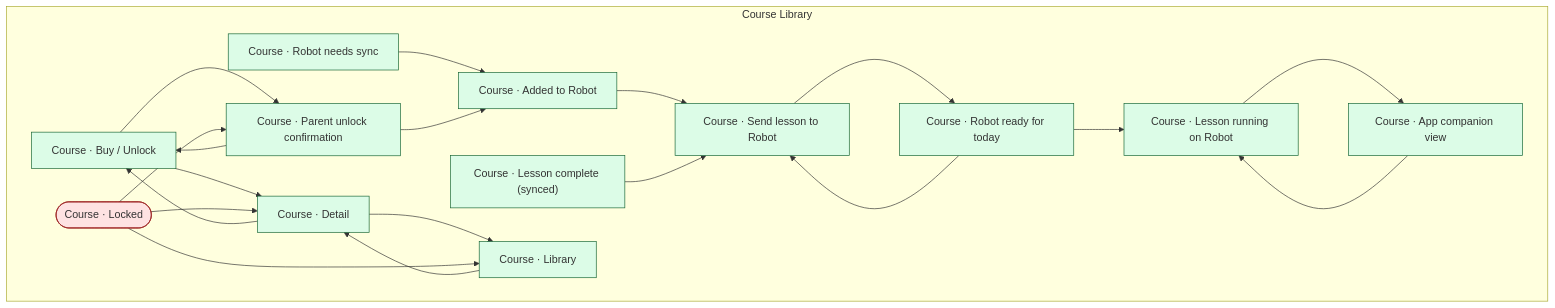
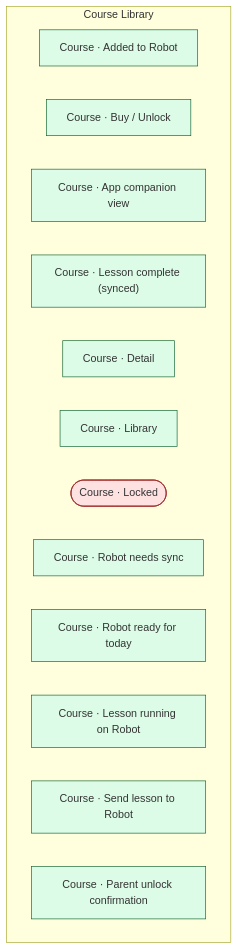
One commit to JSR-Algo/TJBOT-Mobile changed the diagram in tbot-design/docs/flows/domains/course-library/flow.generated.mmd. Above: the diagram before and after it, drawn with Mermaid. The commit also changed 945 other files, not shown here.

```diff
--- a/tbot-design/docs/flows/domains/course-library/flow.generated.mmd
+++ b/tbot-design/docs/flows/domains/course-library/flow.generated.mmd
@@ -1,48 +1,21 @@
-%% GENERATED FROM nav-graph-data.json sha=a64610b0bee3. Do not edit by hand.
+%% GENERATED FROM nav-graph-data.json sha=99252d49ba12. Do not edit by hand.
 %% domain: course-library
 flowchart TD
   classDef happy fill:#dcfce7,stroke:#166534
   classDef edge  fill:#fee2e2,stroke:#991b1b
   subgraph Course_Library["Course Library"]
     cl_added["Course · Added to Robot"]
     cl_buy["Course · Buy / Unlock"]
     cl_companion["Course · App companion view"]
     cl_complete["Course · Lesson complete (synced)"]
     cl_detail["Course · Detail"]
     cl_library["Course · Library"]
     cl_locked(["Course · Locked"])
     cl_needs_sync["Course · Robot needs sync"]
     cl_robot_ready["Course · Robot ready for today"]
     cl_running["Course · Lesson running on Robot"]
     cl_send["Course · Send lesson to Robot"]
     cl_unlock_confirm["Course · Parent unlock confirmation"]
   end
-  cl_added --> cl_send
-  cl_buy --> cl_detail
-  cl_buy --> cl_unlock_confirm
-  cl_companion --> cl_running
-  cl_complete --> cl_send
-  cl_detail --> cl_buy
-  cl_detail --> cl_library
-  cl_library --> cl_detail
-  cl_locked --> cl_detail
-  cl_locked --> cl_library
-  cl_locked --> cl_unlock_confirm
-  cl_needs_sync --> cl_added
-  cl_robot_ready --> cl_running
-  cl_robot_ready --> cl_send
-  cl_running --> cl_companion
-  cl_send --> cl_robot_ready
-  cl_unlock_confirm --> cl_added
-  cl_unlock_confirm --> cl_buy
   class cl_added,cl_buy,cl_companion,cl_complete,cl_detail,cl_library,cl_needs_sync,cl_robot_ready,cl_running,cl_send,cl_unlock_confirm happy
   class cl_locked edge
-
-%% cross-domain outbound (handled in shared/cross-domain.flow.mmd):
-%%   cl_added -> dv_home (device)
-%%   cl_complete -> dv_home (device)
-%%   cl_library -> dv_home (device)
-%%   cl_needs_sync -> dv_home (device)
-%%   cl_needs_sync -> dv_pair_wifi (device)
-%%   cl_running -> dv_home (device)
-%%   cl_send -> dv_home (device)
```
